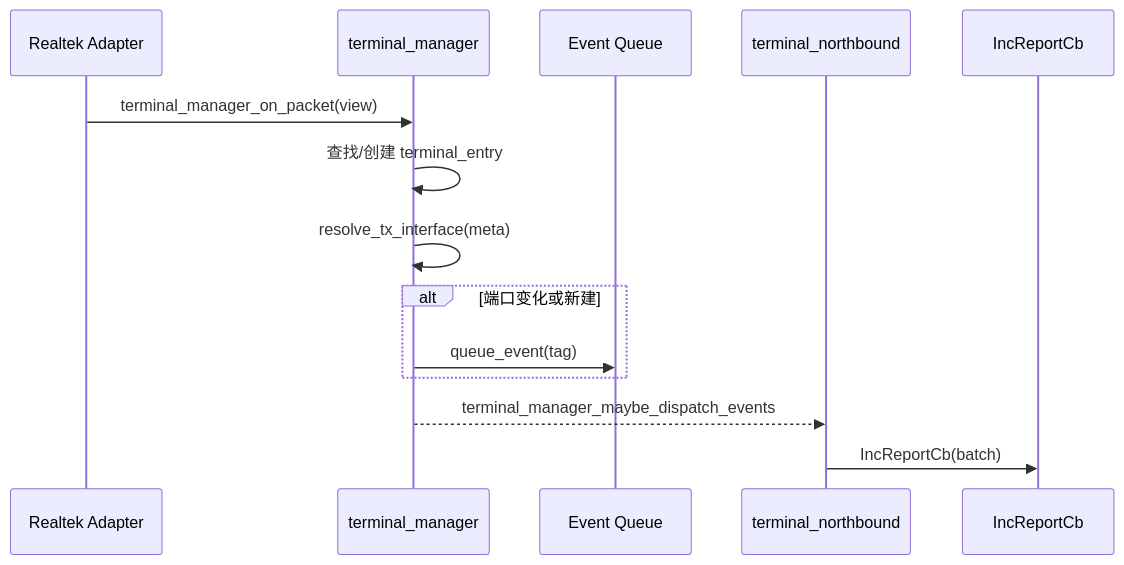
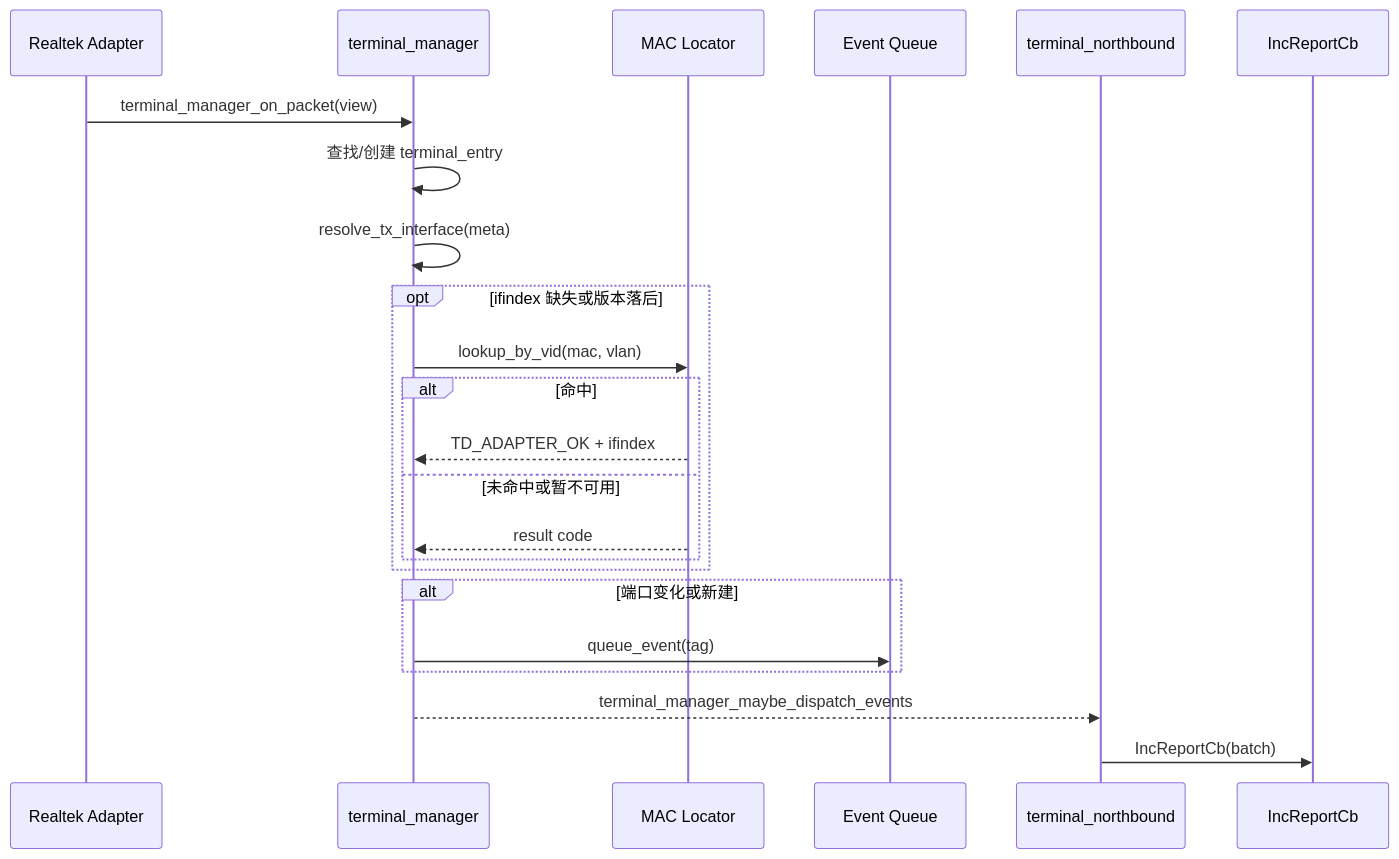
One commit to adinxu/Demo changed the seventh of 11 diagrams in C++/Windows/CodeBlocks/TerminalDiscovery/doc/design/src_overview.md. Above: the diagram before and after it, drawn with Mermaid. The commit also changed other lines of this file and 7 other files, not shown here.

````diff
--- a/C++/Windows/CodeBlocks/TerminalDiscovery/doc/design/src_overview.md
+++ b/C++/Windows/CodeBlocks/TerminalDiscovery/doc/design/src_overview.md
@@ -523,17 +527,26 @@
 ```mermaid
 sequenceDiagram
   participant RX as Realtek Adapter
   participant TM as terminal_manager
+  participant Locator as MAC Locator
   participant EQ as Event Queue
   participant NB as terminal_northbound
   participant APP as IncReportCb
 
   RX->>TM: terminal_manager_on_packet(view)
   TM->>TM: 查找/创建 terminal_entry
   TM->>TM: resolve_tx_interface(meta)
+  opt ifindex 缺失或版本落后
+    TM->>Locator: lookup_by_vid(mac, vlan)
+    alt 命中
+      Locator-->>TM: TD_ADAPTER_OK + ifindex
+    else 未命中或暂不可用
+      Locator-->>TM: result code
+    end
+  end
   alt 端口变化或新建
     TM->>EQ: queue_event(tag)
   end
   TM-->>NB: terminal_manager_maybe_dispatch_events
   NB->>APP: IncReportCb(batch)
 ```
````
